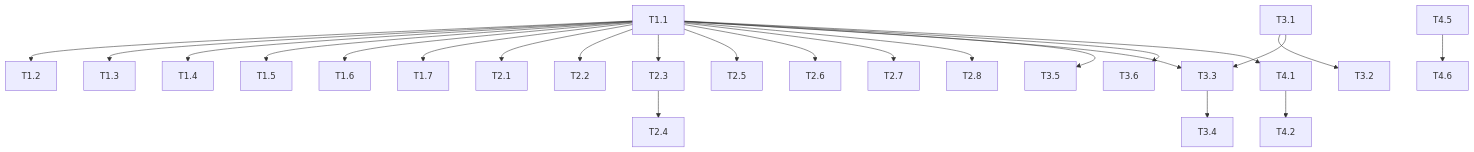
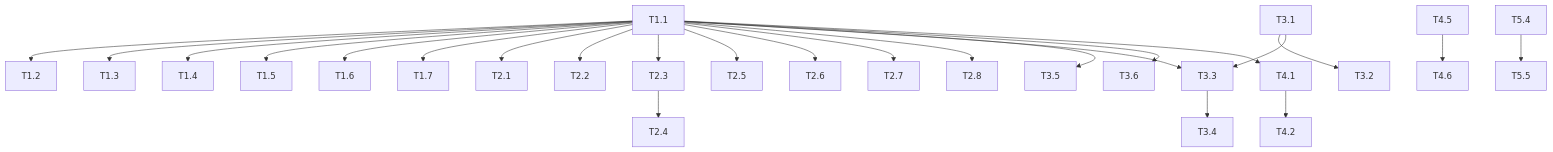
Before and after one commit to gs4lthung/scary-spider-seo: the diagram in docs/plan/00-overview.md, drawn with Mermaid. The commit also changed other lines of this file and 9 other files, not shown here.

````diff
--- a/docs/plan/00-overview.md
+++ b/docs/plan/00-overview.md
@@ -67,26 +79,27 @@
 ```mermaid
 graph TD
 T1.1 --> T1.2
 T1.1 --> T1.3
 T1.1 --> T1.4
 T1.1 --> T1.5
 T1.1 --> T1.6
 T1.1 --> T1.7
 T1.1 --> T2.1
 T1.1 --> T2.2
 T1.1 --> T2.3
 T2.3 --> T2.4
 T1.1 --> T2.5
 T1.1 --> T2.6
 T1.1 --> T2.7
 T1.1 --> T2.8
 T3.1 --> T3.2
 T1.1 --> T3.3
 T3.1 --> T3.3
 T3.3 --> T3.4
 T1.1 --> T3.5
 T1.1 --> T3.6
 T1.1 --> T4.1
 T4.1 --> T4.2
 T4.5 --> T4.6
+T5.4 --> T5.5
 ```
````
